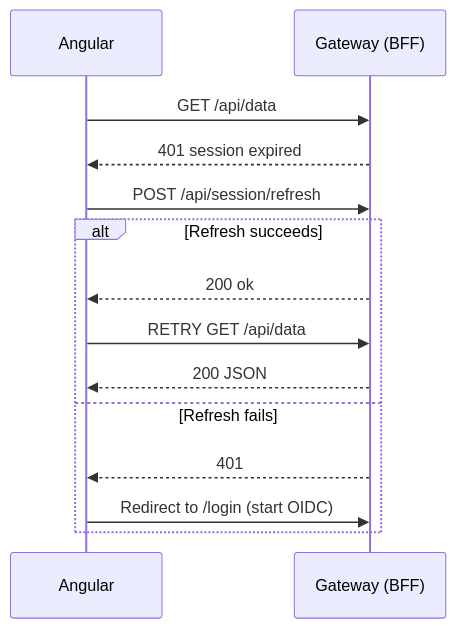
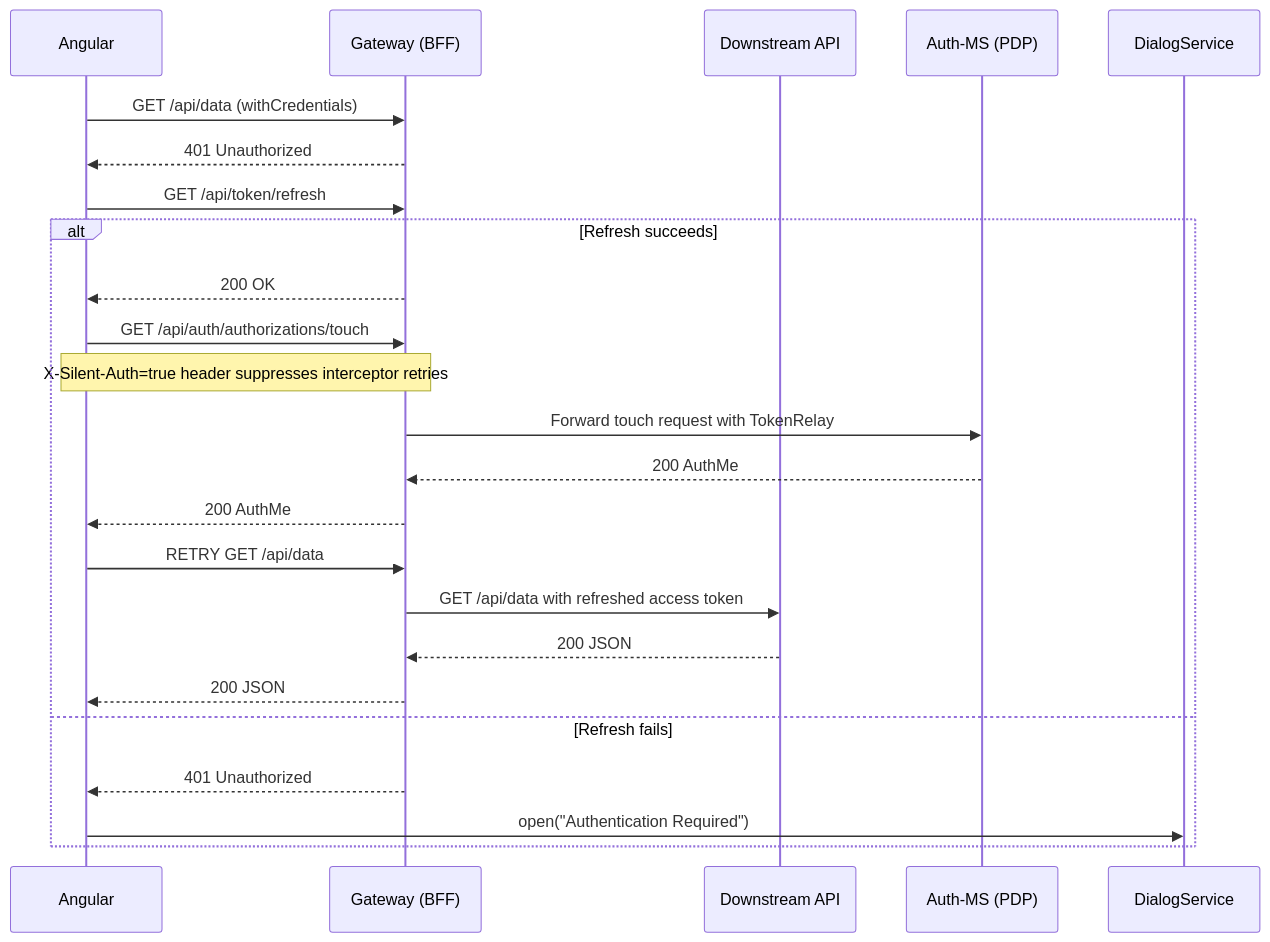
Before and after one commit to FredX123/sso-demo: the fifth of 7 diagrams in backend/docs/refresh-token/okta_token_refresh_flows.md, drawn with Mermaid. The commit also changed other lines of this file and 3 other files, not shown here.

````diff
--- a/backend/docs/refresh-token/okta_token_refresh_flows.md
+++ b/backend/docs/refresh-token/okta_token_refresh_flows.md
@@ -83,17 +89,27 @@
 ```mermaid
 sequenceDiagram
   participant Angular
   participant Gateway as Gateway (BFF)
+  participant API as Downstream API
+  participant AuthMS as Auth-MS (PDP)
+  participant Dialog as DialogService
 
-  Angular->>Gateway: GET /api/data
-  Gateway-->>Angular: 401 session expired
-  Angular->>Gateway: POST /api/session/refresh
+  Angular->>Gateway: GET /api/data (withCredentials)
+  Gateway-->>Angular: 401 Unauthorized
+  Angular->>Gateway: GET /api/token/refresh
   alt Refresh succeeds
-    Gateway-->>Angular: 200 ok
+    Gateway-->>Angular: 200 OK
+    Angular->>Gateway: GET /api/auth/authorizations/touch
+    Note over Angular,Gateway: X-Silent-Auth=true header suppresses interceptor retries
+    Gateway->>AuthMS: Forward touch request with TokenRelay
+    AuthMS-->>Gateway: 200 AuthMe
+    Gateway-->>Angular: 200 AuthMe
     Angular->>Gateway: RETRY GET /api/data
+    Gateway->>API: GET /api/data with refreshed access token
+    API-->>Gateway: 200 JSON
     Gateway-->>Angular: 200 JSON
   else Refresh fails
-    Gateway-->>Angular: 401
-    Angular->>Gateway: Redirect to /login (start OIDC)
+    Gateway-->>Angular: 401 Unauthorized
+    Angular->>Dialog: open("Authentication Required")
   end
 ```
````
